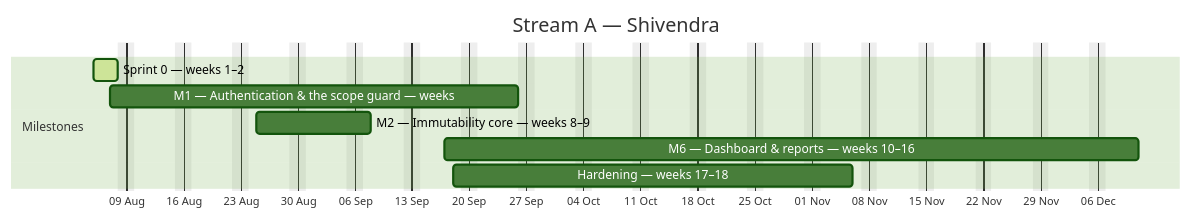
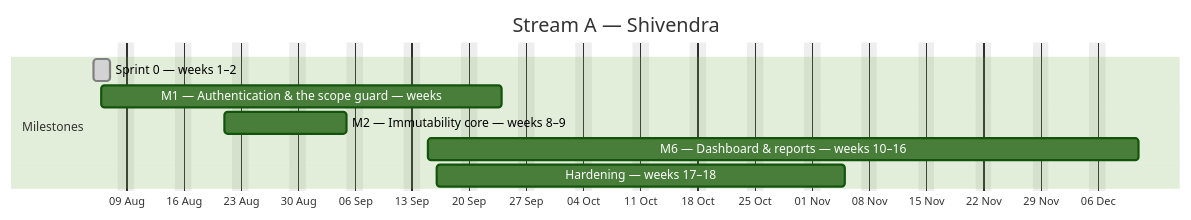
Before and after one commit to debashisedunext/EduTrack: the first of 4 diagrams in docs/plan/GANTT.md, drawn with Mermaid (forest theme). The commit also changed other lines of this file and 3 other files, not shown here.

````diff
--- a/docs/plan/GANTT.md
+++ b/docs/plan/GANTT.md
@@ -111,13 +110,13 @@
 ```mermaid
 gantt
     dateFormat YYYY-MM-DD
     axisFormat %d %b
     title Stream A — Shivendra
     excludes weekends
     section Milestones
-    Sprint 0 — weeks 1–2 :active, a0, 2026-08-05, 3d
-    M1 — Authentication & the scope guard — weeks :a1, 2026-08-07, 36d
-    M2 — Immutability core — weeks 8–9 :a2, 2026-08-25, 10d
-    M6 — Dashboard & reports — weeks 10–16 :a3, 2026-09-17, 61d
-    Hardening — weeks 17–18 :a4, 2026-09-18, 35d
+    Sprint 0 — weeks 1–2 :done, a0, 2026-08-05, 2d
+    M1 — Authentication & the scope guard — weeks :a1, 2026-08-06, 35d
+    M2 — Immutability core — weeks 8–9 :a2, 2026-08-21, 11d
+    M6 — Dashboard & reports — weeks 10–16 :a3, 2026-09-15, 63d
+    Hardening — weeks 17–18 :a4, 2026-09-16, 36d
 ```
````
